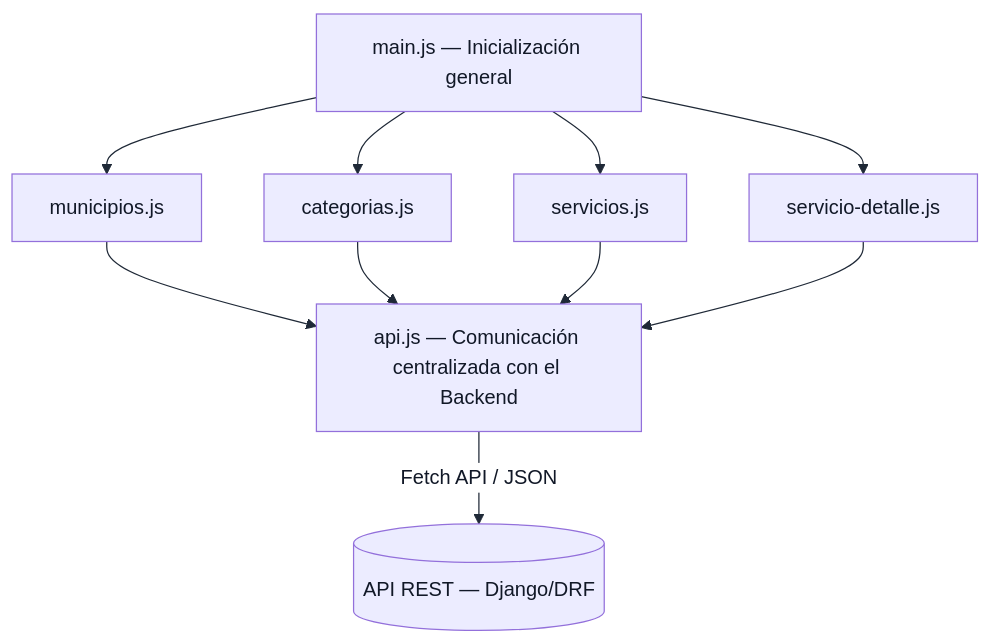
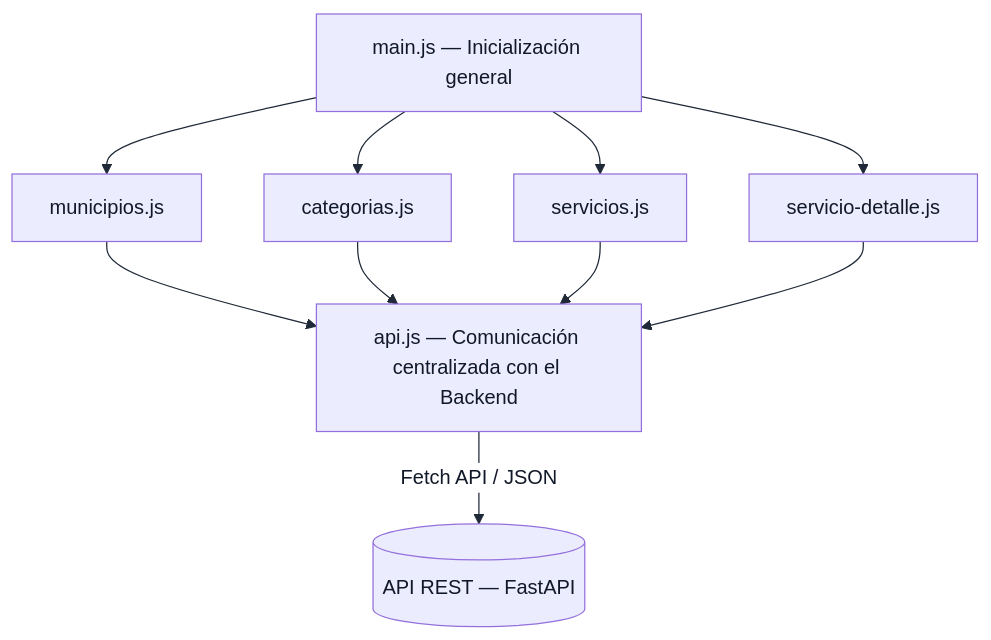
Before and after one commit to Darksam03/RuralConecta-ProyectoWeb: the fourth of 8 diagrams in docs/arquitectura/estructura-frontend.md, drawn with Mermaid. The commit also changed other lines of this file and 5 other files, not shown here.

````diff
--- a/docs/arquitectura/estructura-frontend.md
+++ b/docs/arquitectura/estructura-frontend.md
@@ -363,22 +363,22 @@
 ```mermaid
 %%{init: {'themeVariables': {'textColor':'#111827','primaryTextColor':'#111827','primaryColor':'#eef2f7','primaryBorderColor':'#1f2937','lineColor':'#1f2937','secondaryColor':'#eef2f7','tertiaryColor':'#f3f4f6','edgeLabelBackground':'#ffffff'}}}%%
 flowchart TD
     main["main.js — Inicialización general"]
     api["api.js — Comunicación centralizada con el Backend"]
     mun["municipios.js"]
     cat["categorias.js"]
     serv["servicios.js"]
     det["servicio-detalle.js"]
 
     main --> mun
     main --> cat
     main --> serv
     main --> det
 
     mun --> api
     cat --> api
     serv --> api
     det --> api
 
-    api -->|"Fetch API / JSON"| Backend[("API REST — Django/DRF")]
+    api -->|"Fetch API / JSON"| Backend[("API REST — FastAPI")]
 ```
````
